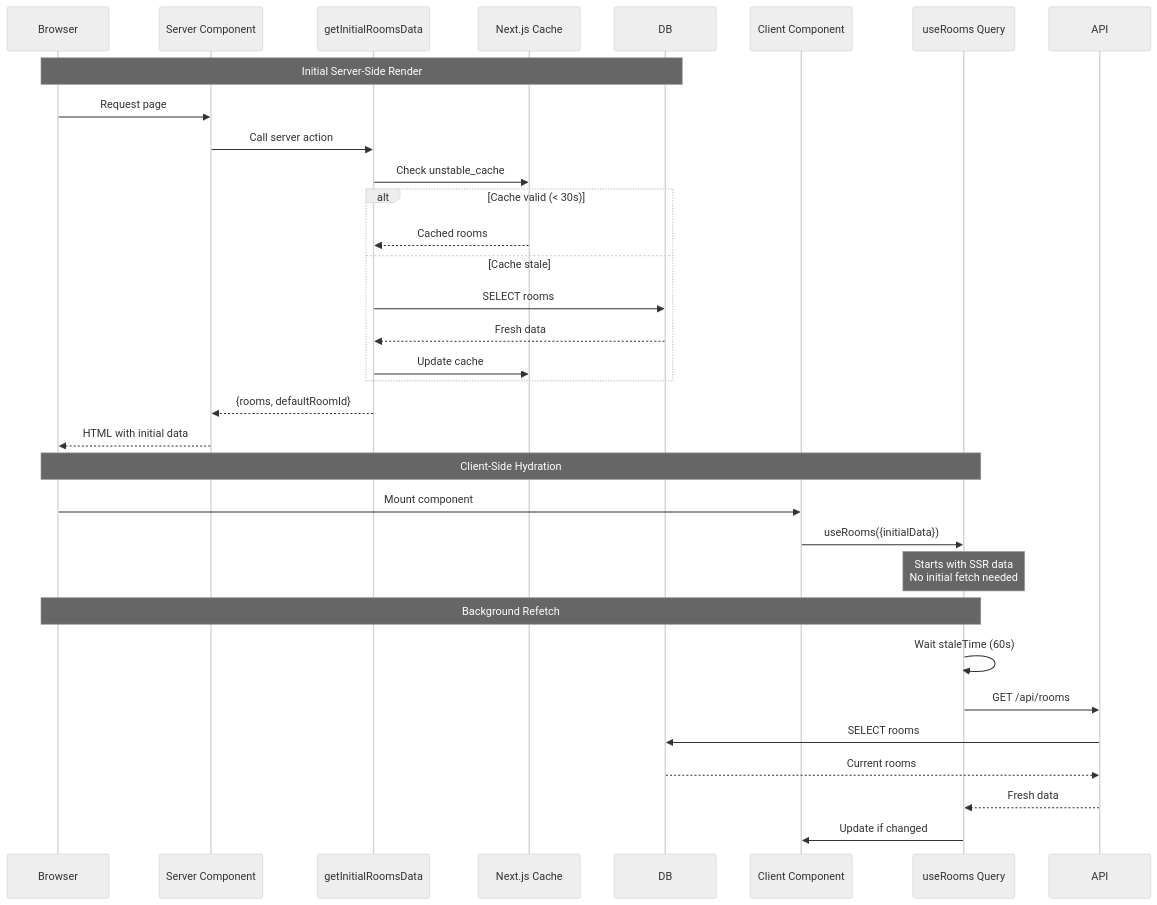
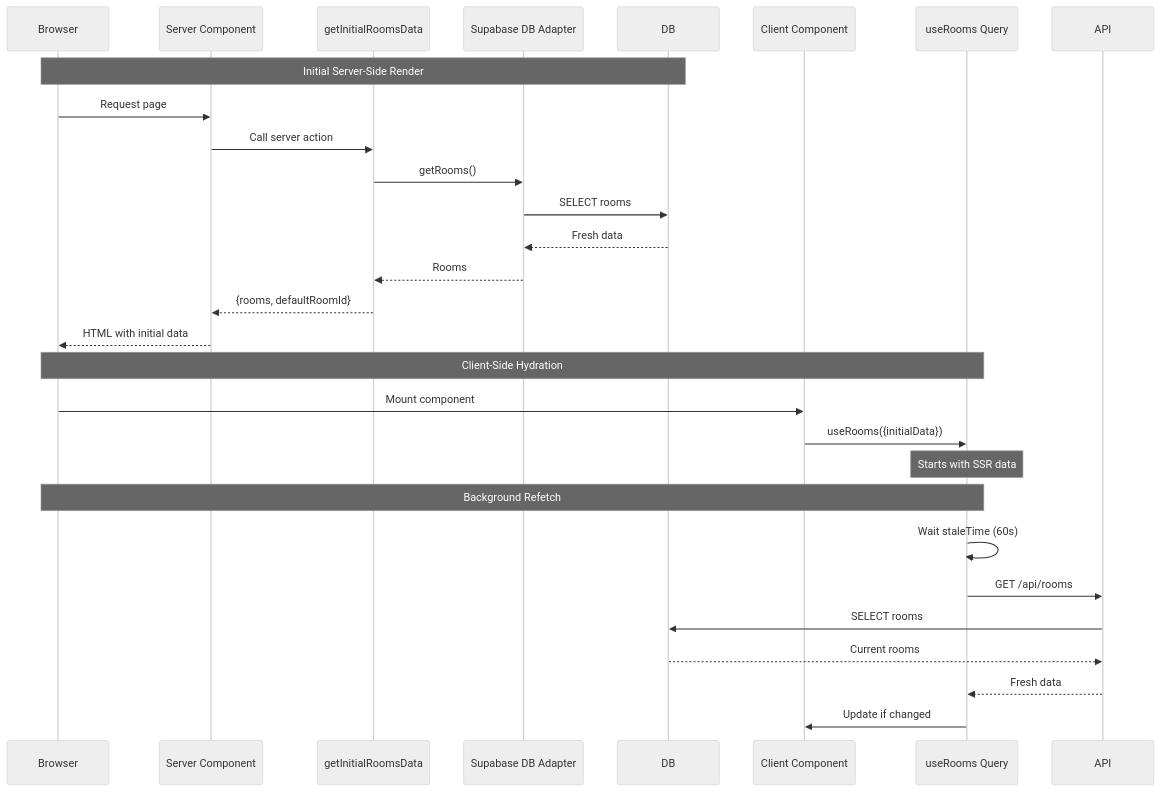
Before and after one commit to jtclarkjr/realtime-chat-react: diagram 11 of 20 in docs/DATA_FLOW_ARCHITECTURE.md, drawn with Mermaid (neutral theme). The commit also changed other lines of this file and 35 other files, not shown here.

````diff
--- a/docs/DATA_FLOW_ARCHITECTURE.md
+++ b/docs/DATA_FLOW_ARCHITECTURE.md
@@ -361,42 +390,37 @@
 ```mermaid
 sequenceDiagram
     participant Browser
     participant SSR as Server Component
     participant SA as getInitialRoomsData
-    participant Cache as Next.js Cache
+    participant DAL as Supabase DB Adapter
     participant DB
     participant UI as Client Component
     participant RQ as useRooms Query
 
     Note over Browser,DB: Initial Server-Side Render
 
     Browser->>SSR: Request page
     SSR->>SA: Call server action
-    SA->>Cache: Check unstable_cache
-
-    alt Cache valid (< 30s)
-        Cache-->>SA: Cached rooms
-    else Cache stale
-        SA->>DB: SELECT rooms
-        DB-->>SA: Fresh data
-        SA->>Cache: Update cache
-    end
+    SA->>DAL: getRooms()
+    DAL->>DB: SELECT rooms
+    DB-->>DAL: Fresh data
+    DAL-->>SA: Rooms
 
     SA-->>SSR: {rooms, defaultRoomId}
     SSR-->>Browser: HTML with initial data
 
     Note over Browser,RQ: Client-Side Hydration
 
     Browser->>UI: Mount component
     UI->>RQ: useRooms({initialData})
-    Note over RQ: Starts with SSR data<br/>No initial fetch needed
+    Note over RQ: Starts with SSR data
 
     Note over Browser,RQ: Background Refetch
 
     RQ->>RQ: Wait staleTime (60s)
     RQ->>API: GET /api/rooms
     API->>DB: SELECT rooms
     DB-->>API: Current rooms
     API-->>RQ: Fresh data
     RQ->>UI: Update if changed
 ```
````
